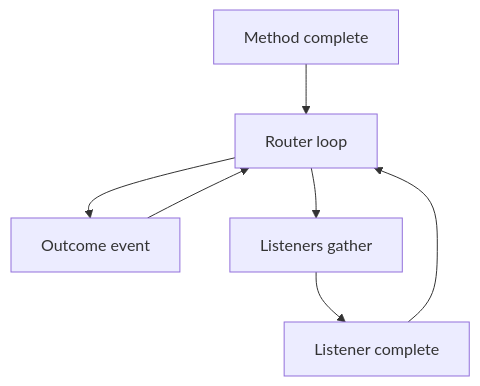
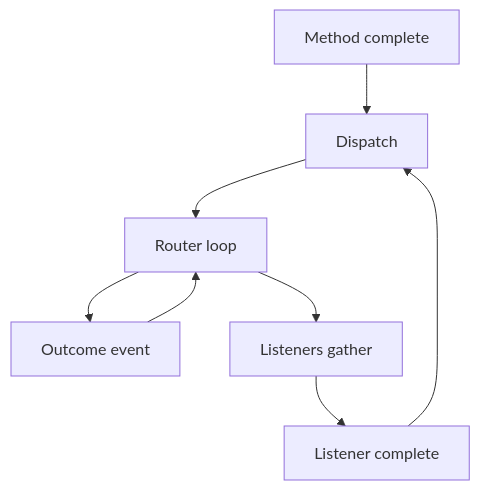
Before and after one commit to joels-sandgarden/crewai-docs: the diagram in 06-the-flow-scheduler.md, drawn with Mermaid. The commit also changed other lines of this file, not shown here.

Commit message:
Refine Flow scheduler concept page

````diff
--- a/06-the-flow-scheduler.md
+++ b/06-the-flow-scheduler.md
@@ -67,9 +67,10 @@
 ```mermaid
 flowchart TD
-  A[Method complete] --> B[Router loop]
-  B --> C[Outcome event]
-  C --> B
-  B --> D[Listeners gather]
-  D --> E[Listener complete]
-  E --> B
+  A[Method complete] --> B[Dispatch]
+  B --> C[Router loop]
+  C --> D[Outcome event]
+  D --> C
+  C --> E[Listeners gather]
+  E --> F[Listener complete]
+  F --> B
 ```
````
